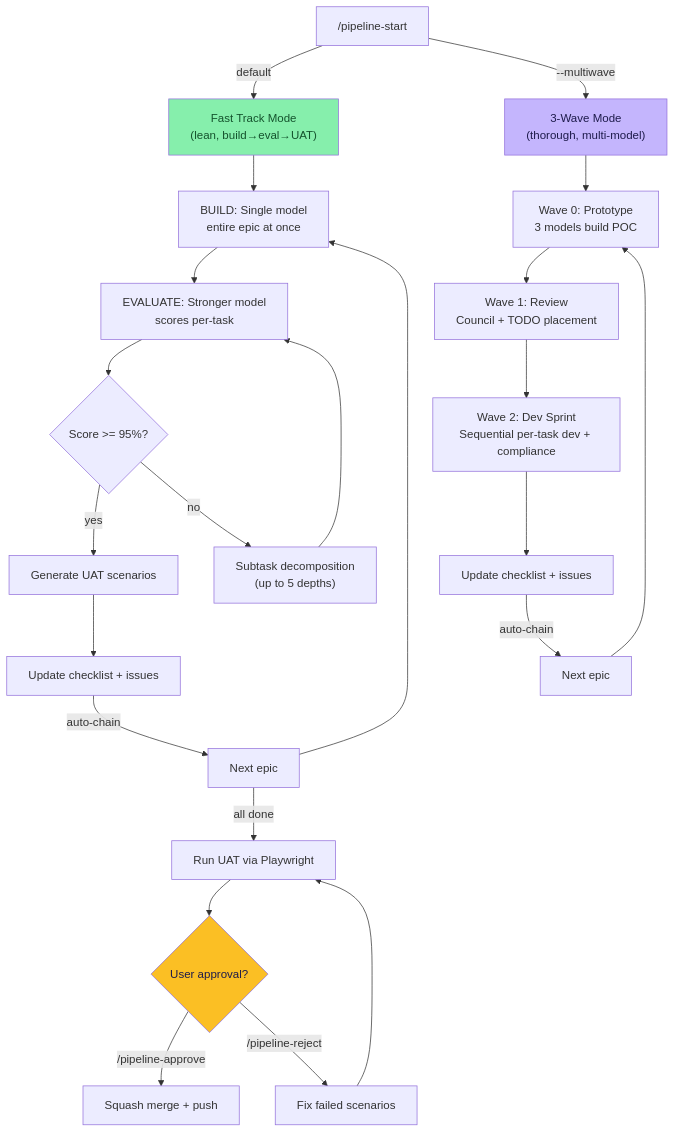
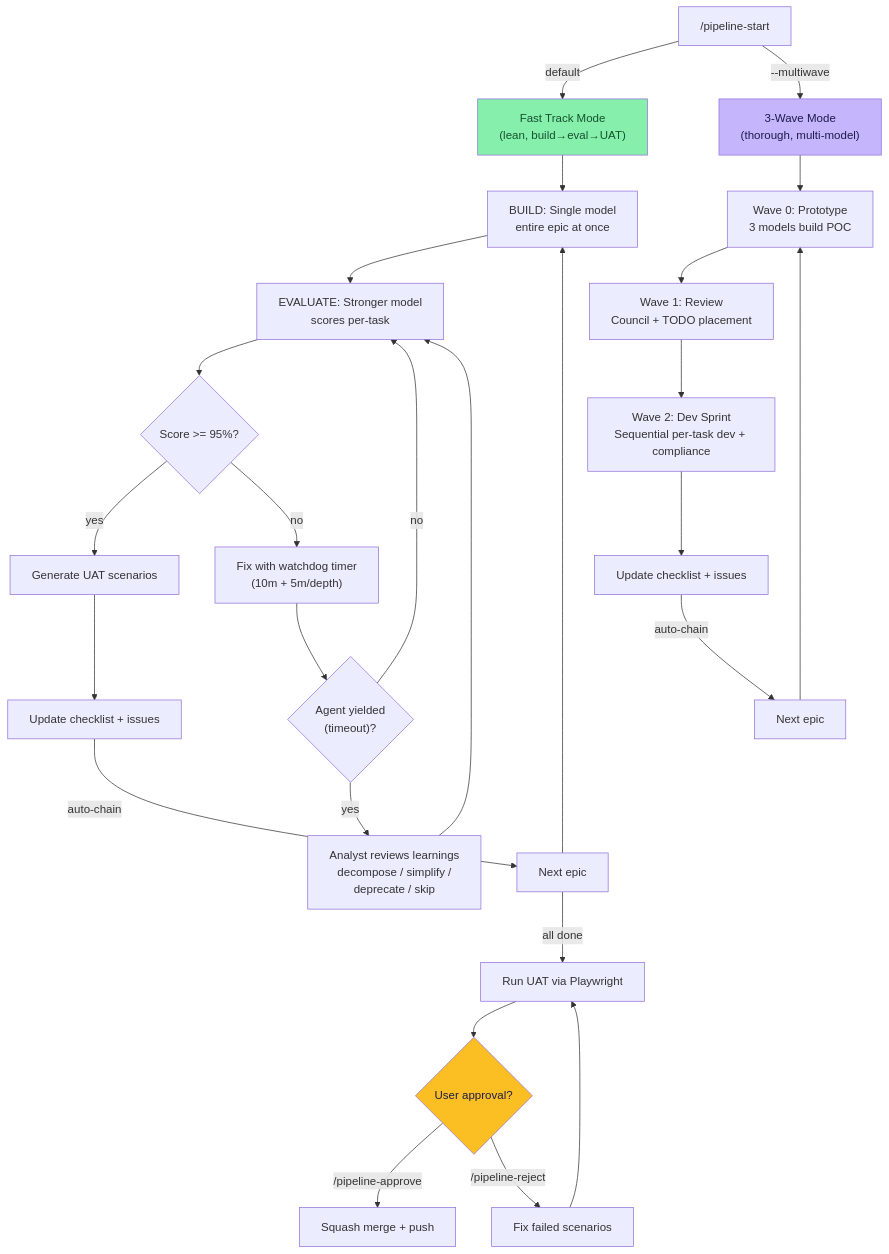
One commit to Holovkat/pi-extensions changed the fifth of 9 diagrams in README.md. Above: the diagram before and after it, drawn with Mermaid. The commit also changed other lines of this file and 1 other file, not shown here.

````diff
--- a/README.md
+++ b/README.md
@@ -240,33 +251,36 @@
 ```mermaid
 graph TD
     START["/pipeline-start"] -->|default| FAST["Fast Track Mode<br/>(lean, build→eval→UAT)"]
     START -->|"--multiwave"| WAVE["3-Wave Mode<br/>(thorough, multi-model)"]
 
     WAVE --> W0["Wave 0: Prototype<br/>3 models build POC"]
     W0 --> W1["Wave 1: Review<br/>Council + TODO placement"]
     W1 --> W2["Wave 2: Dev Sprint<br/>Sequential per-task dev + compliance"]
     W2 --> UPDATE1["Update checklist + issues"]
 
     FAST --> BUILD["BUILD: Single model<br/>entire epic at once"]
     BUILD --> EVAL["EVALUATE: Stronger model<br/>scores per-task"]
     EVAL --> FIX{"Score >= 95%?"}
     FIX -->|yes| UAT_GEN["Generate UAT scenarios"]
-    FIX -->|no| SUB["Subtask decomposition<br/>(up to 5 depths)"]
-    SUB --> EVAL
+    FIX -->|no| SUB["Fix with watchdog timer<br/>(10m + 5m/depth)"]
+    SUB --> YIELD{"Agent yielded<br/>(timeout)?"}
+    YIELD -->|no| EVAL
+    YIELD -->|yes| ANALYST["Analyst reviews learnings<br/>decompose / simplify /<br/>deprecate / skip"]
+    ANALYST --> EVAL
     UAT_GEN --> UPDATE2["Update checklist + issues"]
 
     UPDATE1 -->|"auto-chain"| NEXT1["Next epic"]
     UPDATE2 -->|"auto-chain"| NEXT2["Next epic"]
     NEXT1 --> W0
     NEXT2 --> BUILD
 
     NEXT2 -->|"all done"| UAT_EXEC["Run UAT via Playwright"]
     UAT_EXEC --> APPROVAL{"User approval?"}
     APPROVAL -->|"/pipeline-approve"| MERGE["Squash merge + push"]
     APPROVAL -->|"/pipeline-reject"| FIX_UAT["Fix failed scenarios"]
     FIX_UAT --> UAT_EXEC
 
     style WAVE fill:#c4b5fd,color:#1e1b4b
     style FAST fill:#86efac,color:#14532d
     style APPROVAL fill:#fbbf24,color:#1e1b4b
 ```
````
